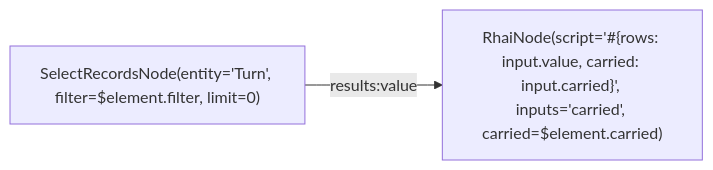
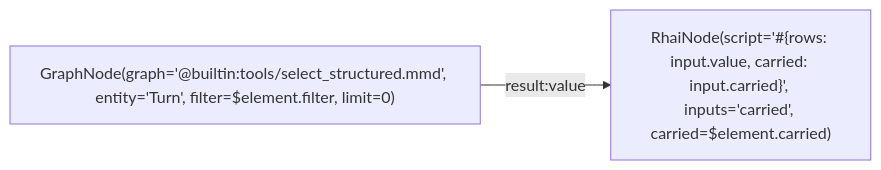
Before and after one commit to L-Defraiteur/rag3db: the diagram in extension/rag3weaver/templates/backends/memory/graphs/rows_turn.mmd, drawn with Mermaid. The commit also changed 3 other files, not shown here.

Commit message:
fix(memoire): recall_apports rend run, from_turn et to_turn ; les sélections de la chaîne passent par select_structured cité (une valeur JSON, pas des Results)

```diff
--- a/extension/rag3weaver/templates/backends/memory/graphs/rows_turn.mmd
+++ b/extension/rag3weaver/templates/backends/memory/graphs/rows_turn.mmd
@@ -1,9 +1,9 @@
 %% tool: rows_turn
 %% description: The Turn rows that match a computed filter, with what the caller carries along (a cited graph receives its arguments by its configuration only, and a ForEachNode's results are a single list: the carried value is how a chain of selections keeps what it has found).
 %% param: element json! -- {filter, carried}.
 %% result: wrap.result
 
 graph LR
-    select["SelectRecordsNode(entity='Turn', filter=$element.filter, limit=0)"]
+    select["GraphNode(graph='@builtin:tools/select_structured.mmd', entity='Turn', filter=$element.filter, limit=0)"]
     wrap["RhaiNode(script='#{rows: input.value, carried: input.carried}', inputs='carried', carried=$element.carried)"]
-    select -->|results:value| wrap
+    select -->|result:value| wrap
```
